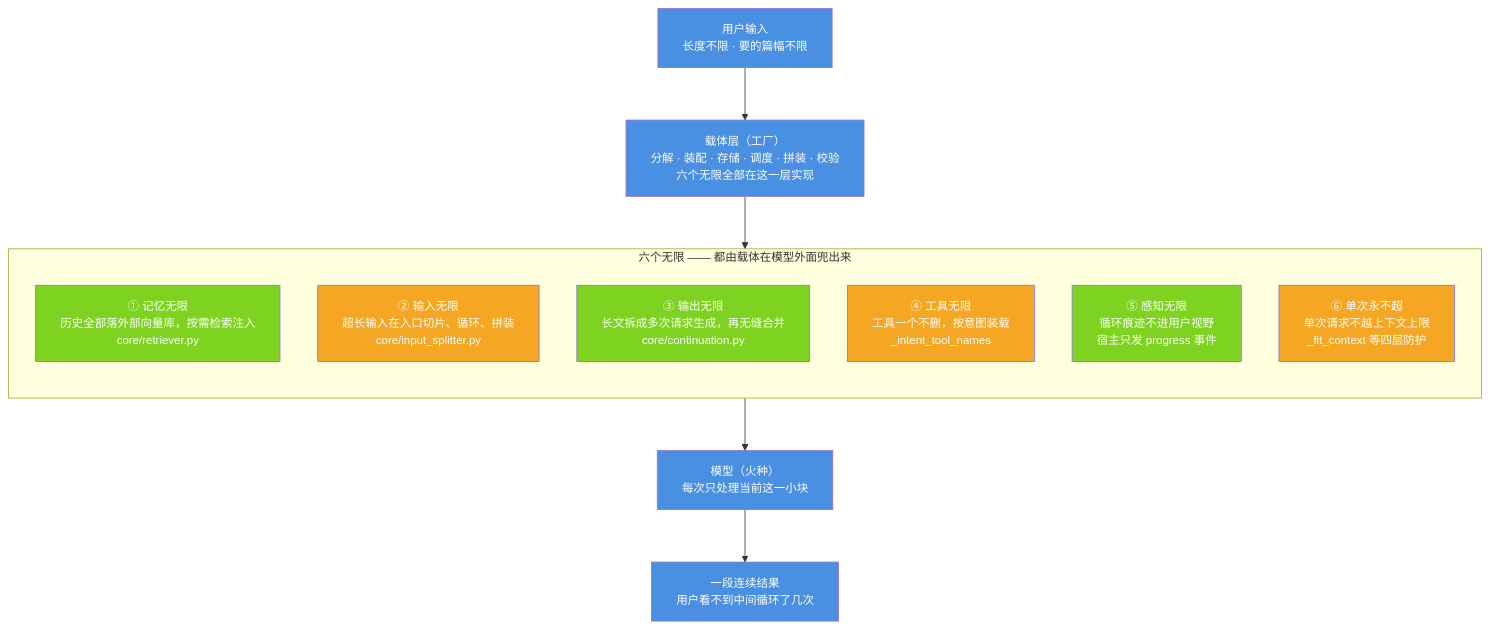
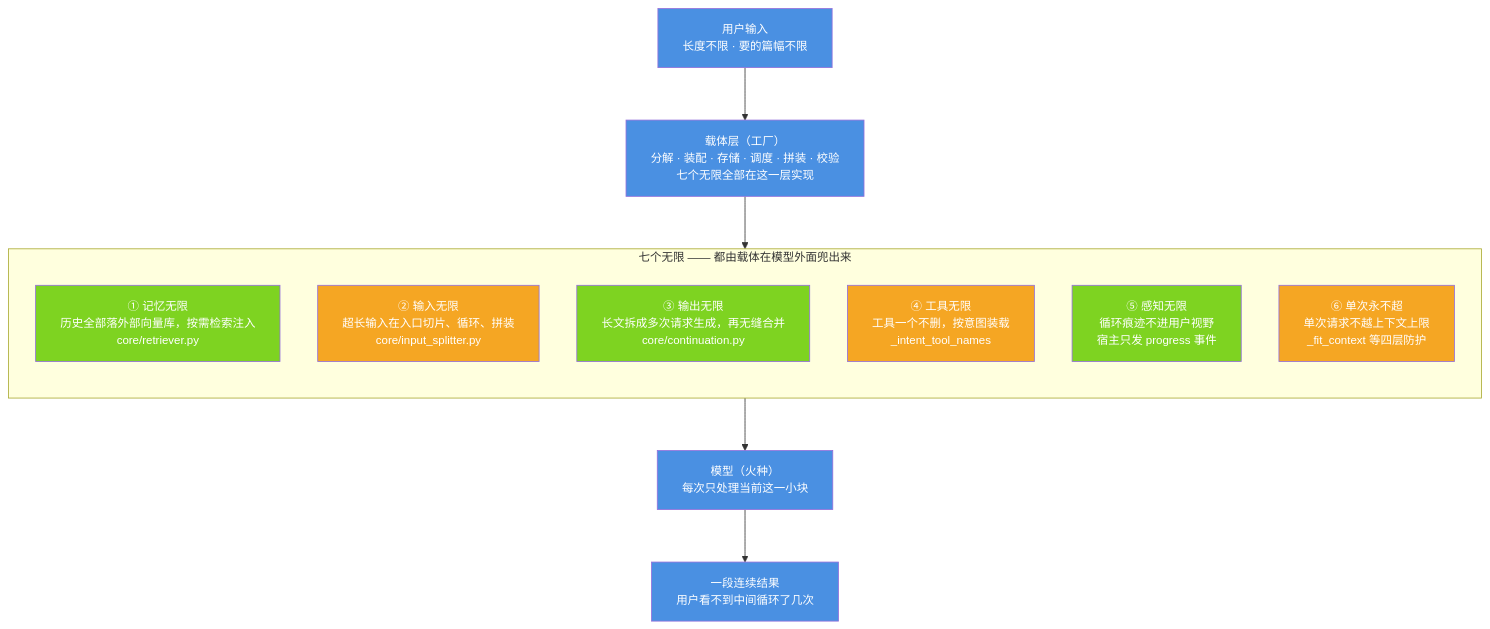
One commit to jiangchuangege/xiaojiao-harnees changed the diagram in docs/six-infinity-diagrams/01-overview.md. Above: the diagram before and after it, drawn with Mermaid. The commit also changed other lines of this file and 12 other files, not shown here.

````diff
--- a/docs/six-infinity-diagrams/01-overview.md
+++ b/docs/six-infinity-diagrams/01-overview.md
@@ -52,36 +52,36 @@
 ```mermaid
     %%{init: {"themeVariables": {"fontSize": "14px"}, "flowchart": {"htmlLabels": true, "wrappingWidth": 320, "nodeSpacing": 46, "rankSpacing": 64, "useMaxWidth": true}}}%%
 flowchart TB
     U["用户输入<br/>长度不限 · 要的篇幅不限"]
 
-    F["载体层（工厂）<br/>分解 · 装配 · 存储 · 调度 · 拼装 · 校验<br/>六个无限全部在这一层实现"]
+    F["载体层（工厂）<br/>分解 · 装配 · 存储 · 调度 · 拼装 · 校验<br/>七个无限全部在这一层实现"]
 
-    subgraph SIX["六个无限 —— 都由载体在模型外面兜出来"]
+    subgraph SIX["七个无限 —— 都由载体在模型外面兜出来"]
         direction TB
         I1["① 记忆无限<br/>历史全部落外部向量库，按需检索注入<br/>core/retriever.py"]
         I2["② 输入无限<br/>超长输入在入口切片、循环、拼装<br/>core/input_splitter.py"]
         I3["③ 输出无限<br/>长文拆成多次请求生成，再无缝合并<br/>core/continuation.py"]
         I4["④ 工具无限<br/>工具一个不删，按意图装载<br/>_intent_tool_names"]
         I5["⑤ 感知无限<br/>循环痕迹不进用户视野<br/>宿主只发 progress 事件"]
         I6["⑥ 单次永不超<br/>单次请求不越上下文上限<br/>_fit_context 等四层防护"]
     end
 
     M["模型（火种）<br/>每次只处理当前这一小块"]
     O["一段连续结果<br/>用户看不到中间循环了几次"]
 
     U --> F
     F --> SIX
     SIX --> M
     M --> O
 
     style U fill:#4A90E2,color:#fff
     style F fill:#4A90E2,color:#fff
     style M fill:#4A90E2,color:#fff
     style O fill:#4A90E2,color:#fff
     style I1 fill:#7ED321,color:#fff
     style I3 fill:#7ED321,color:#fff
     style I5 fill:#7ED321,color:#fff
     style I2 fill:#F5A623,color:#fff
     style I4 fill:#F5A623,color:#fff
     style I6 fill:#F5A623,color:#fff
 ```
````
